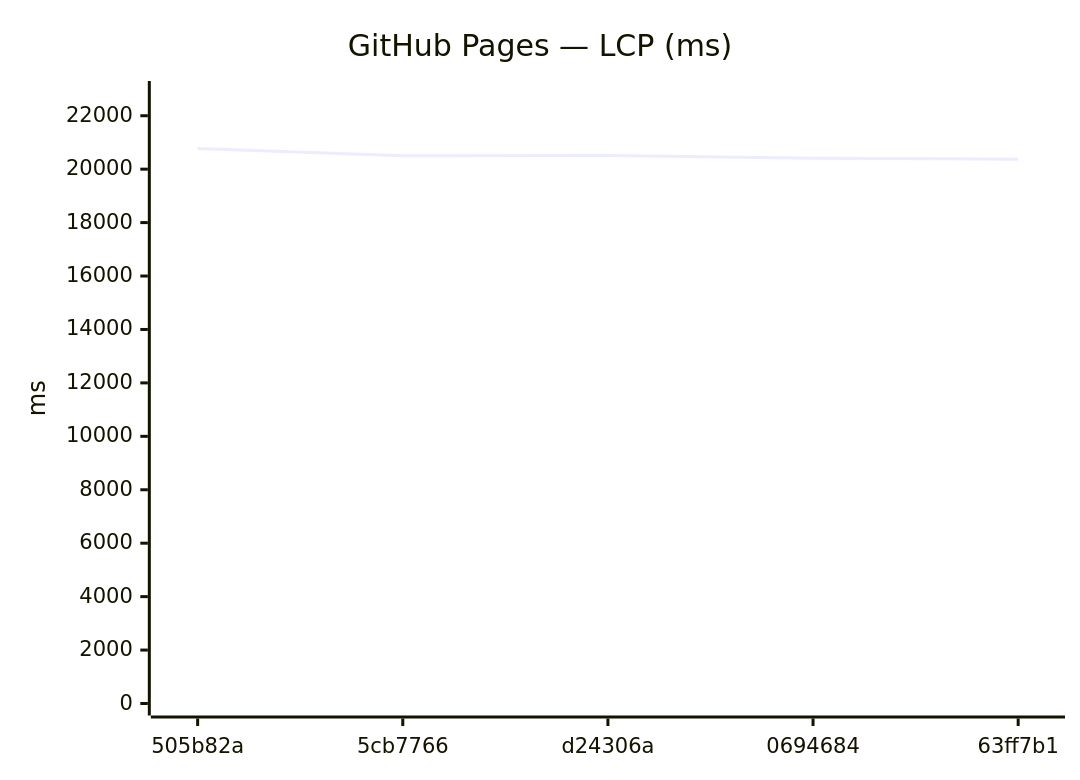
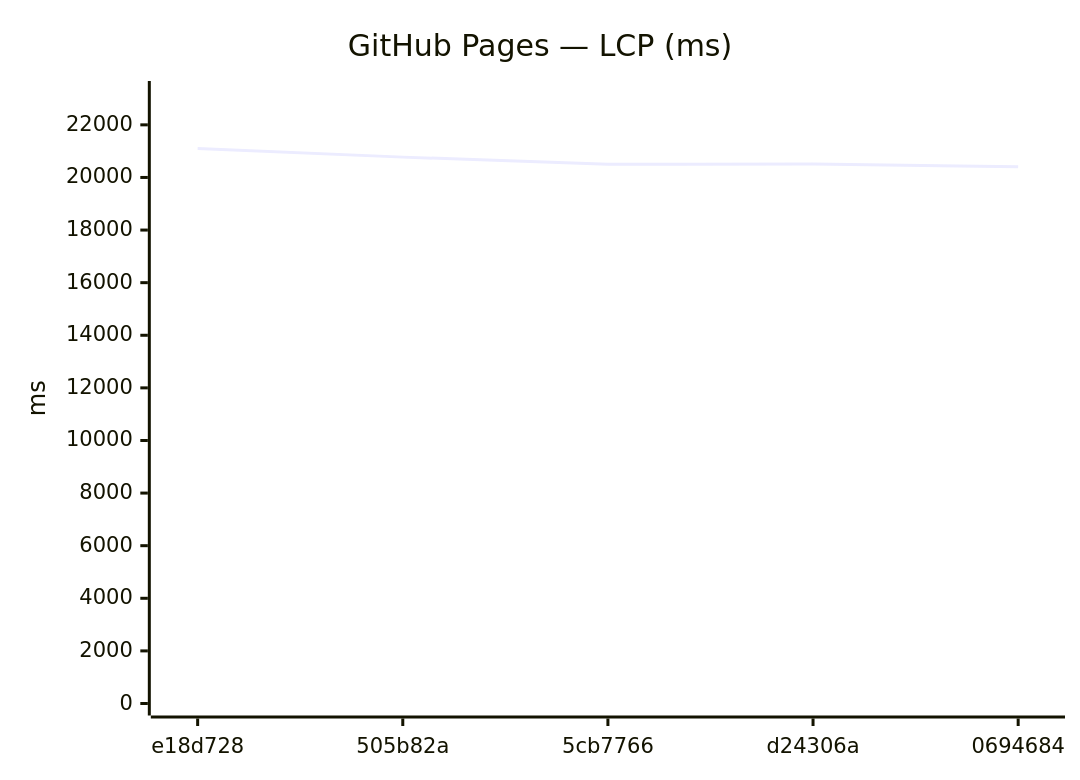
Before and after one commit to Metaheurist/Rianell: the ninth of 18 diagrams in benchmarks/compare.md, drawn with Mermaid. The commit also changed other lines of this file and 11 other files, not shown here.

````diff
--- a/benchmarks/compare.md
+++ b/benchmarks/compare.md
@@ -142,7 +142,7 @@
 ```mermaid
 xychart-beta
     title "GitHub Pages — LCP (ms)"
-    x-axis ["505b82a", "5cb7766", "d24306a", "0694684", "63ff7b1"]
-    y-axis "ms" 0 --> 22851
-    line [20773, 20501, 20513, 20406, 20374]
+    x-axis ["e18d728", "505b82a", "5cb7766", "d24306a", "0694684"]
+    y-axis "ms" 0 --> 23211
+    line [21100, 20773, 20501, 20513, 20406]
 ```
````
